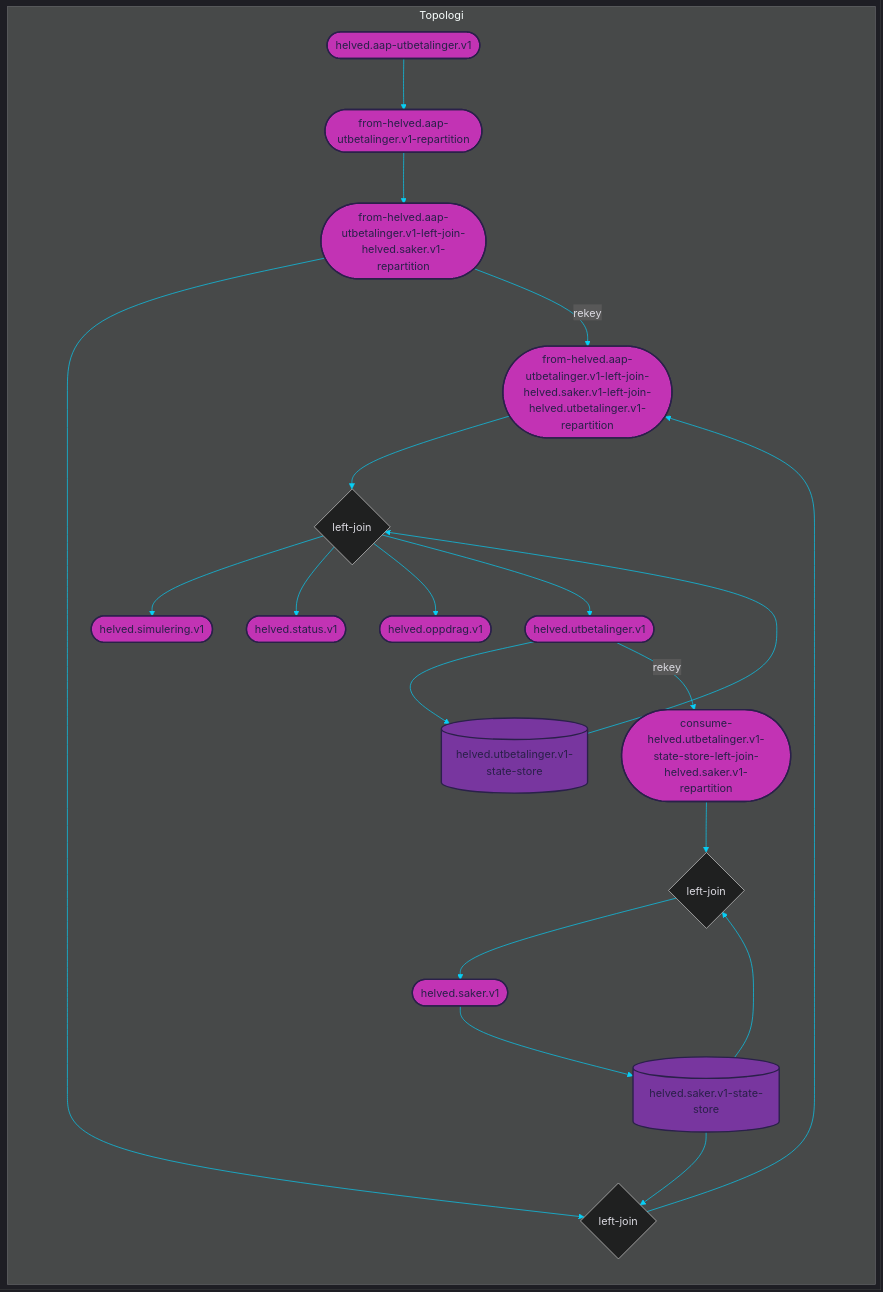
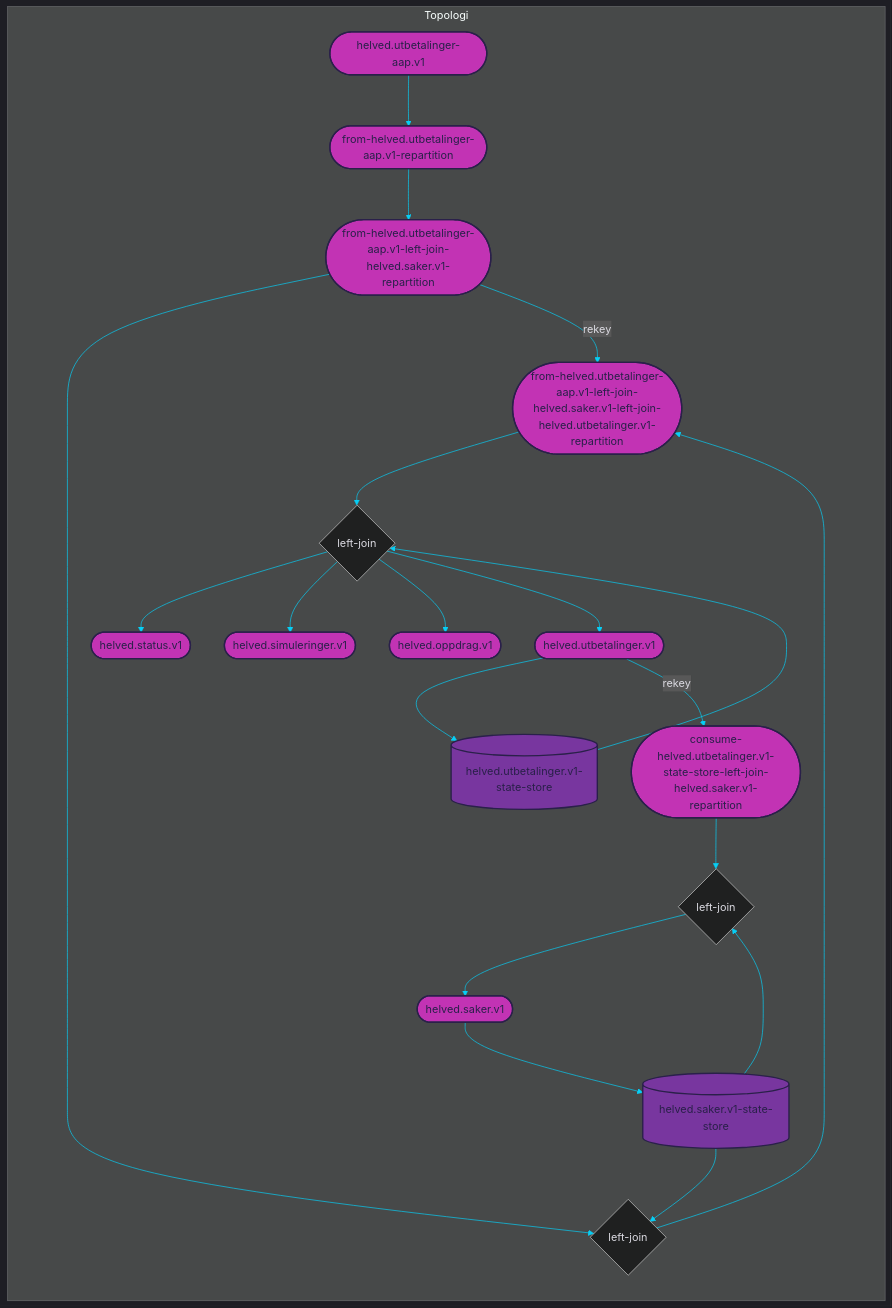
The diagram in dokumentasjon/topology.mmd (navikt/helved-utbetaling), drawn with Mermaid before and after one commit. The commit also changed 4 other files, not shown here.

```diff
--- a/dokumentasjon/topology.mmd
+++ b/dokumentasjon/topology.mmd
@@ -1,93 +1,93 @@
 
 %%{init: {'theme': 'dark', 'themeVariables': { 'primaryColor': '#07cff6', 'textColor': '#dad9e0', 'lineColor': '#07cff6'}}}%%
 
 graph LR
 
 subgraph Topologi
     %% TOPICS
-    from-helved.aap-utbetalinger.v1-left-join-helved.saker.v1-left-join-helved.utbetalinger.v1-repartition([from-helved.aap-utbetalinger.v1-left-join-helved.saker.v1-left-join-helved.utbetalinger.v1-repartition])
+    from-helved.utbetalinger-aap.v1-left-join-helved.saker.v1-left-join-helved.utbetalinger.v1-repartition([from-helved.utbetalinger-aap.v1-left-join-helved.saker.v1-left-join-helved.utbetalinger.v1-repartition])
 	helved.utbetalinger.v1([helved.utbetalinger.v1])
 	consume-helved.utbetalinger.v1-state-store-left-join-helved.saker.v1-repartition([consume-helved.utbetalinger.v1-state-store-left-join-helved.saker.v1-repartition])
 	helved.oppdrag.v1([helved.oppdrag.v1])
-	helved.simulering.v1([helved.simulering.v1])
+	helved.simuleringer.v1([helved.simuleringer.v1])
 	helved.status.v1([helved.status.v1])
-	from-helved.aap-utbetalinger.v1-left-join-helved.saker.v1-repartition([from-helved.aap-utbetalinger.v1-left-join-helved.saker.v1-repartition])
+	from-helved.utbetalinger-aap.v1-left-join-helved.saker.v1-repartition([from-helved.utbetalinger-aap.v1-left-join-helved.saker.v1-repartition])
 	helved.saker.v1([helved.saker.v1])
-	helved.aap-utbetalinger.v1([helved.aap-utbetalinger.v1])
-	from-helved.aap-utbetalinger.v1-repartition([from-helved.aap-utbetalinger.v1-repartition])
+	helved.utbetalinger-aap.v1([helved.utbetalinger-aap.v1])
+	from-helved.utbetalinger-aap.v1-repartition([from-helved.utbetalinger-aap.v1-repartition])
 
     %% JOINS
-    from-helved.aap-utbetalinger.v1-left-join-helved.saker.v1-left-join-helved.utbetalinger.v1{left-join}
-	from-helved.aap-utbetalinger.v1-left-join-helved.saker.v1{left-join}
+    from-helved.utbetalinger-aap.v1-left-join-helved.saker.v1-left-join-helved.utbetalinger.v1{left-join}
+	from-helved.utbetalinger-aap.v1-left-join-helved.saker.v1{left-join}
 	consume-helved.utbetalinger.v1-state-store-left-join-helved.saker.v1{left-join}
 
     %% STATE PROCESSORS
     
     
     %% STATE STORES
     helved.utbetalinger.v1-state-store[(helved.utbetalinger.v1-state-store)]
 	helved.saker.v1-state-store[(helved.saker.v1-state-store)]
     
     %% DATABASES
     
     
 
     %% PROCESSOR API JOBS
     
     
     %% JOIN STREAMS
-    from-helved.aap-utbetalinger.v1-left-join-helved.saker.v1-left-join-helved.utbetalinger.v1-repartition --> from-helved.aap-utbetalinger.v1-left-join-helved.saker.v1-left-join-helved.utbetalinger.v1
-	helved.utbetalinger.v1-state-store --> from-helved.aap-utbetalinger.v1-left-join-helved.saker.v1-left-join-helved.utbetalinger.v1
-	from-helved.aap-utbetalinger.v1-left-join-helved.saker.v1-left-join-helved.utbetalinger.v1 --> helved.simulering.v1
-	from-helved.aap-utbetalinger.v1-left-join-helved.saker.v1-left-join-helved.utbetalinger.v1 --> helved.status.v1
-	from-helved.aap-utbetalinger.v1-left-join-helved.saker.v1-left-join-helved.utbetalinger.v1 --> helved.oppdrag.v1
-	from-helved.aap-utbetalinger.v1-left-join-helved.saker.v1-left-join-helved.utbetalinger.v1 --> helved.utbetalinger.v1
-	from-helved.aap-utbetalinger.v1-left-join-helved.saker.v1-repartition --> from-helved.aap-utbetalinger.v1-left-join-helved.saker.v1
-	helved.saker.v1-state-store --> from-helved.aap-utbetalinger.v1-left-join-helved.saker.v1
-	from-helved.aap-utbetalinger.v1-left-join-helved.saker.v1 --> from-helved.aap-utbetalinger.v1-left-join-helved.saker.v1-left-join-helved.utbetalinger.v1-repartition
+    from-helved.utbetalinger-aap.v1-left-join-helved.saker.v1-left-join-helved.utbetalinger.v1-repartition --> from-helved.utbetalinger-aap.v1-left-join-helved.saker.v1-left-join-helved.utbetalinger.v1
+	helved.utbetalinger.v1-state-store --> from-helved.utbetalinger-aap.v1-left-join-helved.saker.v1-left-join-helved.utbetalinger.v1
+	from-helved.utbetalinger-aap.v1-left-join-helved.saker.v1-left-join-helved.utbetalinger.v1 --> helved.status.v1
+	from-helved.utbetalinger-aap.v1-left-join-helved.saker.v1-left-join-helved.utbetalinger.v1 --> helved.simuleringer.v1
+	from-helved.utbetalinger-aap.v1-left-join-helved.saker.v1-left-join-helved.utbetalinger.v1 --> helved.oppdrag.v1
+	from-helved.utbetalinger-aap.v1-left-join-helved.saker.v1-left-join-helved.utbetalinger.v1 --> helved.utbetalinger.v1
+	from-helved.utbetalinger-aap.v1-left-join-helved.saker.v1-repartition --> from-helved.utbetalinger-aap.v1-left-join-helved.saker.v1
+	helved.saker.v1-state-store --> from-helved.utbetalinger-aap.v1-left-join-helved.saker.v1
+	from-helved.utbetalinger-aap.v1-left-join-helved.saker.v1 --> from-helved.utbetalinger-aap.v1-left-join-helved.saker.v1-left-join-helved.utbetalinger.v1-repartition
 	consume-helved.utbetalinger.v1-state-store-left-join-helved.saker.v1-repartition --> consume-helved.utbetalinger.v1-state-store-left-join-helved.saker.v1
 	helved.saker.v1-state-store --> consume-helved.utbetalinger.v1-state-store-left-join-helved.saker.v1
 	consume-helved.utbetalinger.v1-state-store-left-join-helved.saker.v1 --> helved.saker.v1
 
     %% TABLE STREAMS
     helved.utbetalinger.v1 --> helved.utbetalinger.v1-state-store
 	helved.saker.v1 --> helved.saker.v1-state-store
 
     %% JOB STREAMS
     
     
     %% BRANCH STREAMS
     
 
     %% REPARTITION STREAMS
     helved.utbetalinger.v1 --> |rekey| consume-helved.utbetalinger.v1-state-store-left-join-helved.saker.v1-repartition
-	from-helved.aap-utbetalinger.v1-left-join-helved.saker.v1-repartition --> |rekey| from-helved.aap-utbetalinger.v1-left-join-helved.saker.v1-left-join-helved.utbetalinger.v1-repartition
+	from-helved.utbetalinger-aap.v1-left-join-helved.saker.v1-repartition --> |rekey| from-helved.utbetalinger-aap.v1-left-join-helved.saker.v1-left-join-helved.utbetalinger.v1-repartition
     
     %% BASIC STREAMS
-    helved.aap-utbetalinger.v1 --> from-helved.aap-utbetalinger.v1-repartition
-	from-helved.aap-utbetalinger.v1-repartition --> from-helved.aap-utbetalinger.v1-left-join-helved.saker.v1-repartition
+    helved.utbetalinger-aap.v1 --> from-helved.utbetalinger-aap.v1-repartition
+	from-helved.utbetalinger-aap.v1-repartition --> from-helved.utbetalinger-aap.v1-left-join-helved.saker.v1-repartition
     
     %% CUSTOM PROCESS STREAMS
     
 end
 
 %% COLORS
 %% light    #dad9e0
 %% purple   #78369f
 %% pink     #c233b4
 %% dark     #2a204a
 %% blue     #07cff6
 
 %% STYLES
-style from-helved.aap-utbetalinger.v1-left-join-helved.saker.v1-left-join-helved.utbetalinger.v1-repartition fill:#c233b4, stroke:#2a204a, stroke-width:2px, color:#2a204a
+style from-helved.utbetalinger-aap.v1-left-join-helved.saker.v1-left-join-helved.utbetalinger.v1-repartition fill:#c233b4, stroke:#2a204a, stroke-width:2px, color:#2a204a
 style helved.utbetalinger.v1 fill:#c233b4, stroke:#2a204a, stroke-width:2px, color:#2a204a
 style consume-helved.utbetalinger.v1-state-store-left-join-helved.saker.v1-repartition fill:#c233b4, stroke:#2a204a, stroke-width:2px, color:#2a204a
 style helved.oppdrag.v1 fill:#c233b4, stroke:#2a204a, stroke-width:2px, color:#2a204a
-style helved.simulering.v1 fill:#c233b4, stroke:#2a204a, stroke-width:2px, color:#2a204a
+style helved.simuleringer.v1 fill:#c233b4, stroke:#2a204a, stroke-width:2px, color:#2a204a
 style helved.status.v1 fill:#c233b4, stroke:#2a204a, stroke-width:2px, color:#2a204a
-style from-helved.aap-utbetalinger.v1-left-join-helved.saker.v1-repartition fill:#c233b4, stroke:#2a204a, stroke-width:2px, color:#2a204a
+style from-helved.utbetalinger-aap.v1-left-join-helved.saker.v1-repartition fill:#c233b4, stroke:#2a204a, stroke-width:2px, color:#2a204a
 style helved.saker.v1 fill:#c233b4, stroke:#2a204a, stroke-width:2px, color:#2a204a
-style helved.aap-utbetalinger.v1 fill:#c233b4, stroke:#2a204a, stroke-width:2px, color:#2a204a
-style from-helved.aap-utbetalinger.v1-repartition fill:#c233b4, stroke:#2a204a, stroke-width:2px, color:#2a204a
+style helved.utbetalinger-aap.v1 fill:#c233b4, stroke:#2a204a, stroke-width:2px, color:#2a204a
+style from-helved.utbetalinger-aap.v1-repartition fill:#c233b4, stroke:#2a204a, stroke-width:2px, color:#2a204a
 style helved.utbetalinger.v1-state-store fill:#78369f, stroke:#2a204a, stroke-width:2px, color:#2a204a
 style helved.saker.v1-state-store fill:#78369f, stroke:#2a204a, stroke-width:2px, color:#2a204a
```
